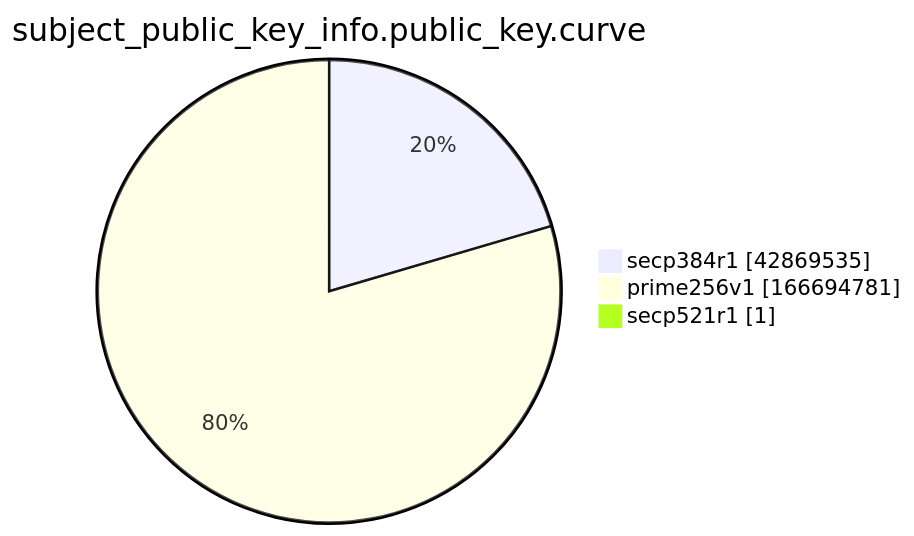
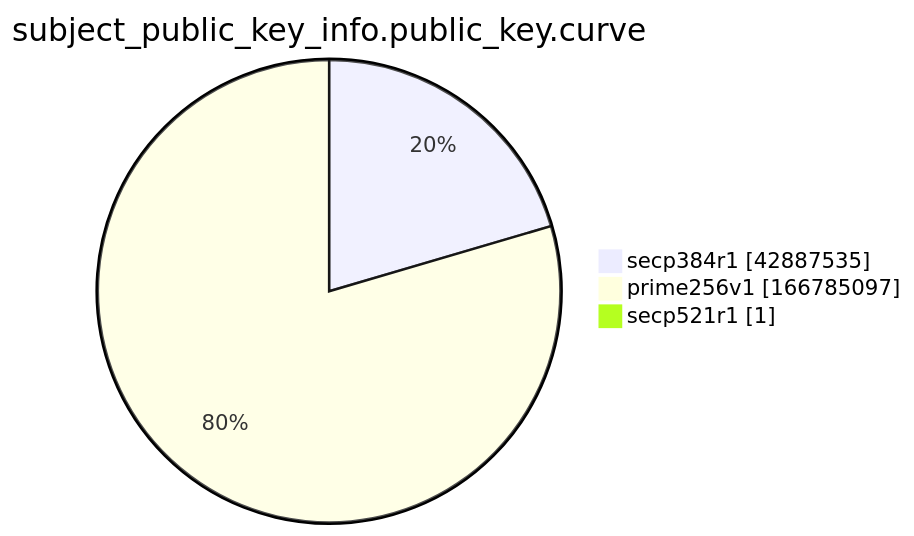
The ninth of 15 diagrams in xenon2022/README.md (christiankrug/ctmonitor_visualization), drawn with Mermaid before and after one commit. The commit also changed other lines of this file, not shown here.

````diff
--- a/xenon2022/README.md
+++ b/xenon2022/README.md
@@ -2869,7 +2869,7 @@
 ```mermaid
 pie showData
 title subject_public_key_info.public_key.curve
-"secp384r1" :42869535
-"prime256v1" :166694781
+"secp384r1" :42887535
+"prime256v1" :166785097
 "secp521r1" :1
 ```
````
